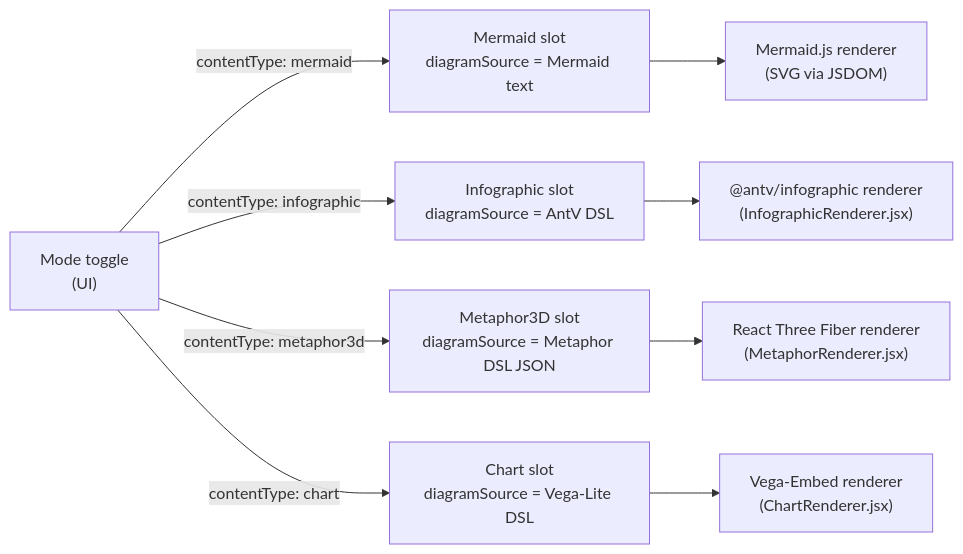
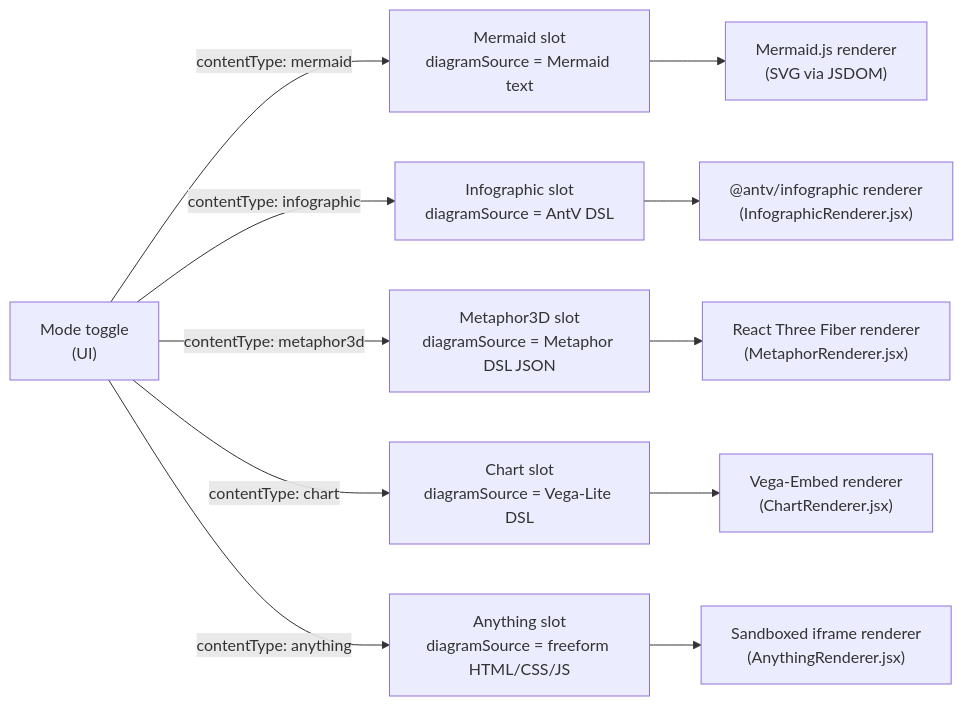
The diagram in docs/guide/content-types.md (acuhlmann/mermaid-gen), drawn with Mermaid before and after one commit. The commit also changed other lines of this file and 34 other files, not shown here.

First line of the commit message:
feat: add Anything mode — freeform agent HTML rendered in a sandboxed iframe

````diff
--- a/docs/guide/content-types.md
+++ b/docs/guide/content-types.md
@@ -3,11 +3,13 @@
 ```mermaid
 flowchart LR
   Toggle["Mode toggle\n(UI)"] -->|"contentType: mermaid"| MS["Mermaid slot\ndiagramSource = Mermaid text"]
   Toggle -->|"contentType: infographic"| IS["Infographic slot\ndiagramSource = AntV DSL"]
   Toggle -->|"contentType: metaphor3d"| ME["Metaphor3D slot\ndiagramSource = Metaphor DSL JSON"]
   Toggle -->|"contentType: chart"| CS["Chart slot\ndiagramSource = Vega-Lite DSL"]
+  Toggle -->|"contentType: anything"| AS["Anything slot\ndiagramSource = freeform HTML/CSS/JS"]
   MS --> MR["Mermaid.js renderer\n(SVG via JSDOM)"]
   IS --> IR["@antv/infographic renderer\n(InfographicRenderer.jsx)"]
   ME --> R3F["React Three Fiber renderer\n(MetaphorRenderer.jsx)"]
   CS --> VR["Vega-Embed renderer\n(ChartRenderer.jsx)"]
+  AS --> AR["Sandboxed iframe renderer\n(AnythingRenderer.jsx)"]
 ```
````
